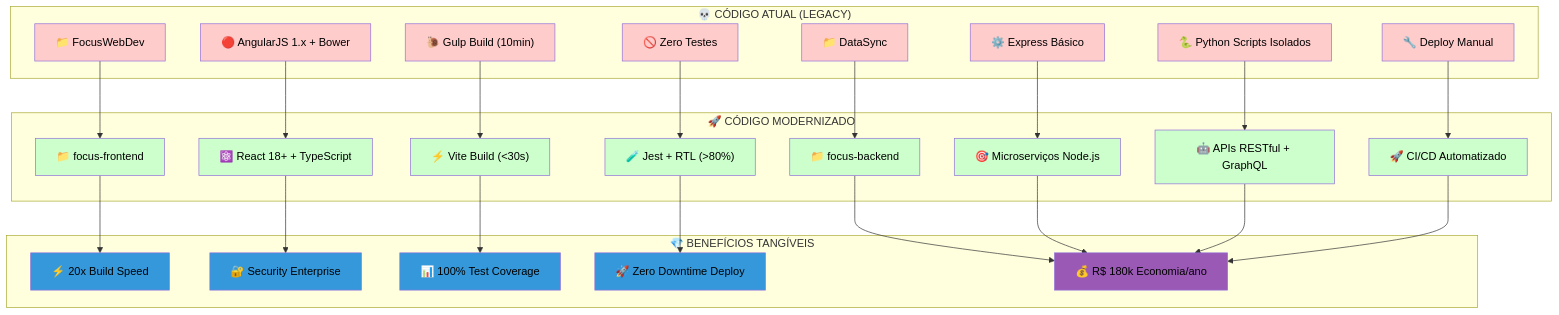
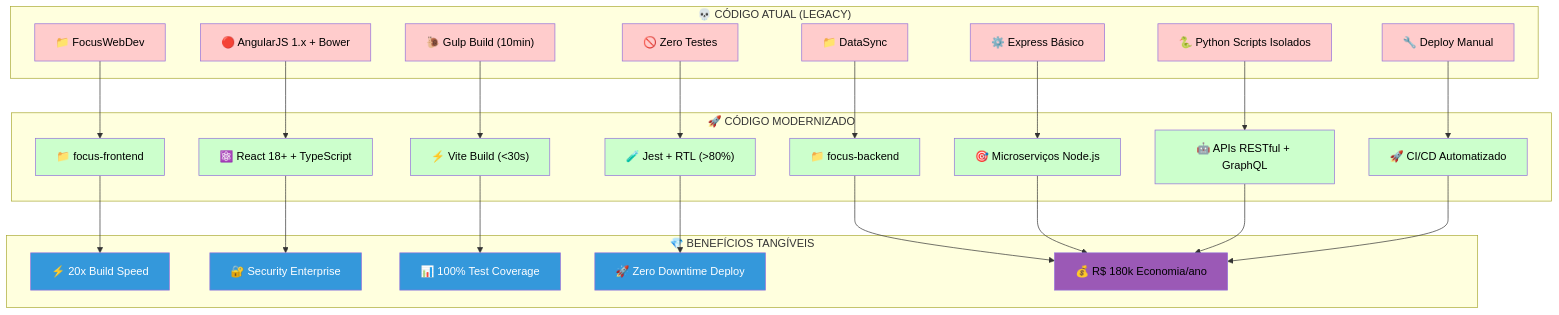
Before and after one commit to EduPereiraAlest/FocusTextil: the diagram in 01-Proposta/documentacao/code-transformation.md, drawn with Mermaid. The commit also changed 5 other files, not shown here.

First line of the commit message:
fix: Ajustar contraste do texto em fundos escuros dos diagramas

````diff
--- a/01-Proposta/documentacao/code-transformation.md
+++ b/01-Proposta/documentacao/code-transformation.md
@@ -5,72 +5,72 @@
 ```mermaid
 graph TB
 subgraph "💀 CÓDIGO ATUAL (LEGACY)"
 A["📁 FocusWebDev"]
 B["🔴 AngularJS 1.x + Bower"]
 C["🐌 Gulp Build (10min)"]
 D["🚫 Zero Testes"]
 E["📁 DataSync"]
 F["⚙️ Express Básico"]
 G["🐍 Python Scripts Isolados"]
 H["🔧 Deploy Manual"]
 end
 
 subgraph "🚀 CÓDIGO MODERNIZADO"
 I["📁 focus-frontend"]
 J["⚛️ React 18+ + TypeScript"]
 K["⚡ Vite Build (<30s)"]
 L["🧪 Jest + RTL (>80%)"]
 M["📁 focus-backend"]
 N["🎯 Microserviços Node.js"]
 O["🤖 APIs RESTful + GraphQL"]
 P["🚀 CI/CD Automatizado"]
 end
 
 subgraph "💎 BENEFÍCIOS TANGÍVEIS"
 Q["⚡ 20x Build Speed"]
 R["🔐 Security Enterprise"]
 S["📊 100% Test Coverage"]
 T["🚀 Zero Downtime Deploy"]
 U["💰 R$ 180k Economia/ano"]
 end
 
 A --> I
 B --> J
 C --> K
 D --> L
 E --> M
 F --> N
 G --> O
 H --> P
 
 I --> Q
 J --> R
 K --> S
 L --> T
 M --> U
 N --> U
 O --> U
 P --> U
 
 style A fill:#ffcccc,color:#000000
 style B fill:#ffcccc,color:#000000
 style C fill:#ffcccc,color:#000000
 style D fill:#ffcccc,color:#000000
 style E fill:#ffcccc,color:#000000
 style F fill:#ffcccc,color:#000000
 style G fill:#ffcccc,color:#000000
 style H fill:#ffcccc,color:#000000
 style I fill:#ccffcc,color:#000000
 style J fill:#ccffcc,color:#000000
 style K fill:#ccffcc,color:#000000
 style L fill:#ccffcc,color:#000000
 style M fill:#ccffcc,color:#000000
 style N fill:#ccffcc,color:#000000
 style O fill:#ccffcc,color:#000000
 style P fill:#ccffcc,color:#000000
-style Q fill:#3498db,color:#000000
-style R fill:#3498db,color:#000000
-style S fill:#3498db,color:#000000
-style T fill:#3498db,color:#000000
+style Q fill:#3498db,color:#ffffff
+style R fill:#3498db,color:#ffffff
+style S fill:#3498db,color:#ffffff
+style T fill:#3498db,color:#ffffff
 style U fill:#9b59b6,color:#000000
 ```
````
